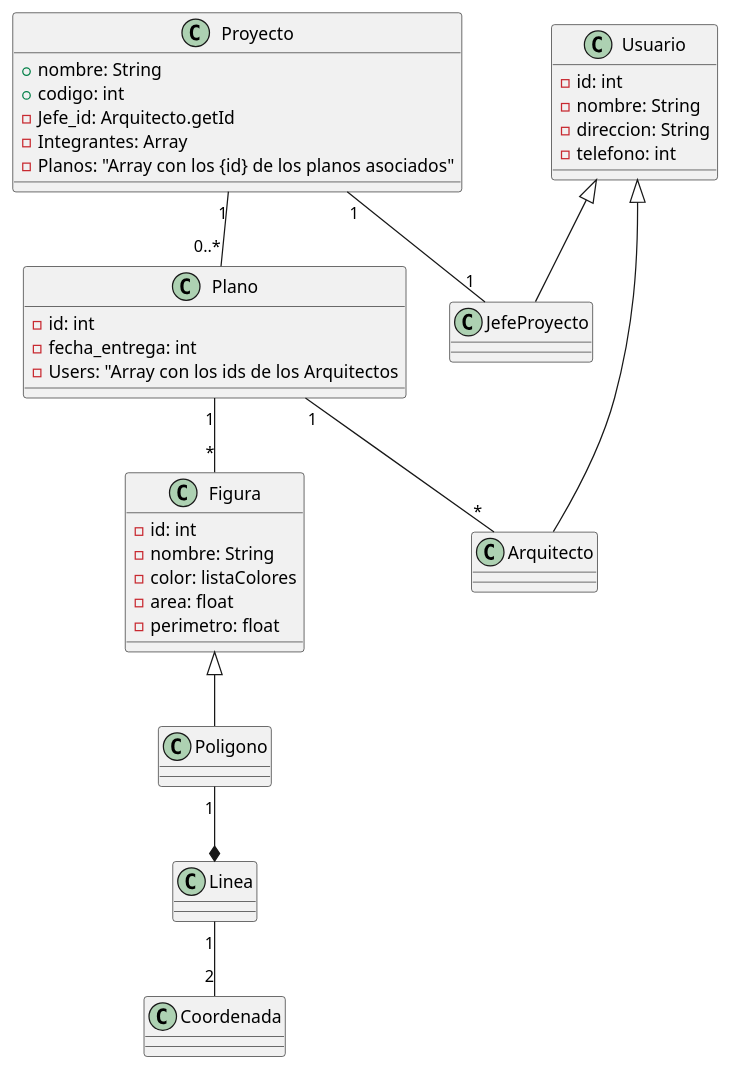
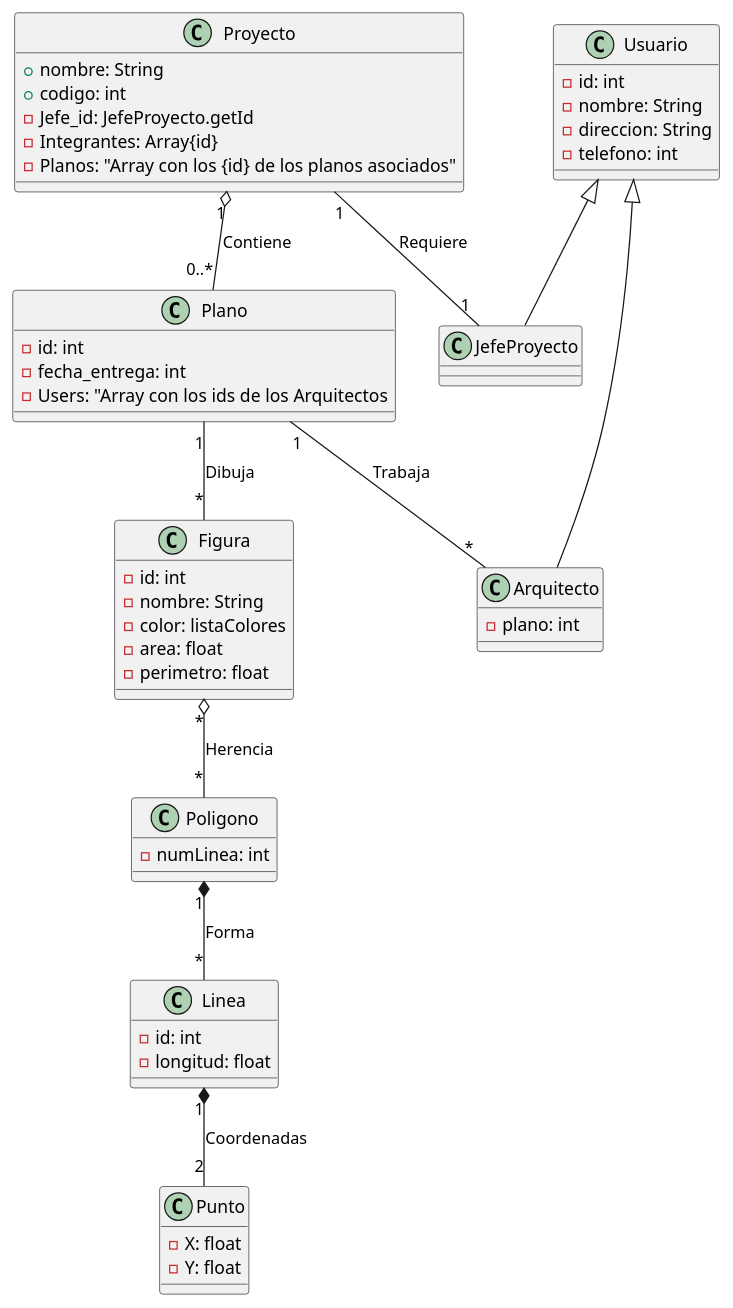
The diagram in UML.puml (Asshess/poo-lab), drawn with PlantUML before and after one commit. The commit also changed 1 other file, not shown here.

Commit message:
UML pre-final

```diff
--- a/UML.puml
+++ b/UML.puml
@@ -1,60 +1,63 @@
 @startuml
 
 class Proyecto {
     + nombre: String
     + codigo: int 
-    - Jefe_id: Arquitecto.getId 
-    - Integrantes: Array
+    - Jefe_id: JefeProyecto.getId 
+    - Integrantes: Array{id}
     - Planos: "Array con los {id} de los planos asociados"
 
 }
 
 class Usuario{
     - id: int 
     - nombre: String 
     - direccion: String 
     - telefono: int 
 }
 
 class Plano{
     - id: int
     - fecha_entrega: int
     - Users: "Array con los ids de los Arquitectos
 }
 
 class Figura{
     - id: int 
     - nombre: String 
     - color: listaColores
     - area: float 
     - perimetro: float 
 }
 
 class JefeProyecto extends Usuario{
 
 }
 
 class Arquitecto extends Usuario{
-    
+    - plano: int
 }
 
-class Poligono extends Figura{
-
+class Poligono{
+    - numLinea: int
 }
 
-class Coordenada{
-
+class Punto{
+    - X: float
+    - Y: float
 }
 
 class Linea{
-
+    - id: int 
+    - longitud: float 
 }
 
-Proyecto "1" -- "1" JefeProyecto
-Proyecto "1" -- "0..*" Plano
-Plano "1" -- "*" Figura
-Poligono "1" --* Linea
-Linea "1" -- "2" Coordenada
-Plano "1" -- "*" Arquitecto
+Proyecto "1" -- "1" JefeProyecto : Requiere
+Proyecto "1" o-- "0..*" Plano : Contiene
+Plano "1" -- "*" Figura : Dibuja
+Poligono "1" *-- "*" Linea : Forma
+Linea "1" *-- "2" Punto : Coordenadas
+Plano "1" -- "*" Arquitecto : Trabaja
+Figura "*" o-- "*" Poligono : Herencia
 
 @enduml
```
